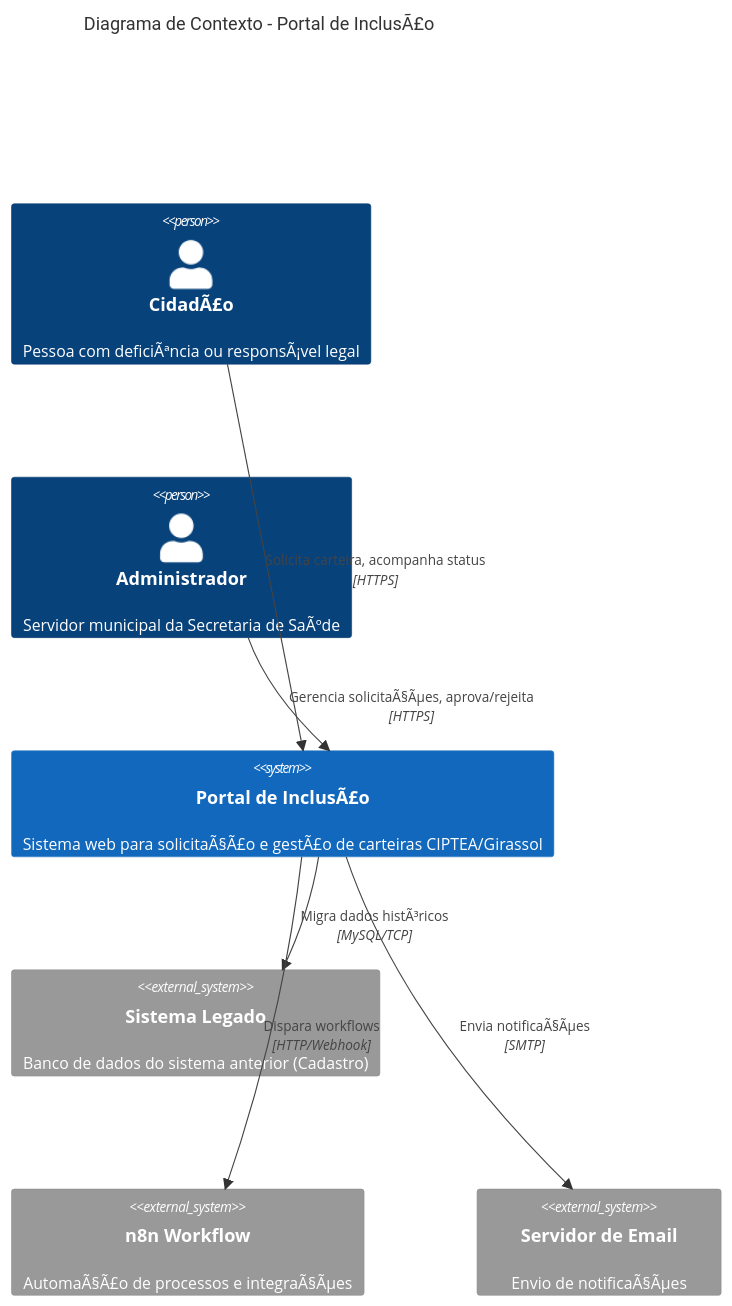
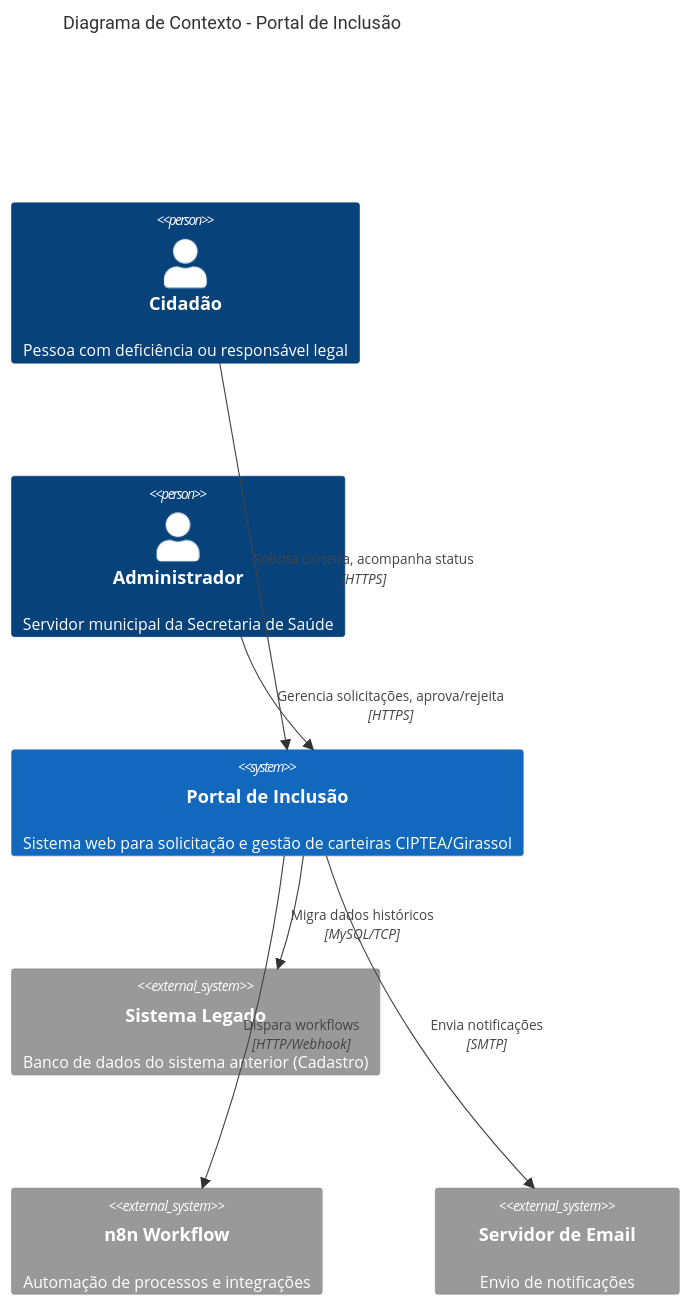
The first of 5 diagrams in docs/architecture/overview.md (vhpontes/portal-inclusao-showcase), drawn with Mermaid before and after one commit. The commit also changed other lines of this file and 17 other files, not shown here.

````diff
--- a/docs/architecture/overview.md
+++ b/docs/architecture/overview.md
@@ -9,19 +9,19 @@
 ```mermaid
 C4Context
-    title Diagrama de Contexto - Portal de InclusÃ£o
+    title Diagrama de Contexto - Portal de Inclusão
     
-    Person(cidadao, "CidadÃ£o", "Pessoa com deficiÃªncia ou responsÃ¡vel legal")
-    Person(admin, "Administrador", "Servidor municipal da Secretaria de SaÃºde")
+    Person(cidadao, "Cidadão", "Pessoa com deficiência ou responsável legal")
+    Person(admin, "Administrador", "Servidor municipal da Secretaria de Saúde")
     
-    System(portal, "Portal de InclusÃ£o", "Sistema web para solicitaÃ§Ã£o e gestÃ£o de carteiras CIPTEA/Girassol")
+    System(portal, "Portal de Inclusão", "Sistema web para solicitação e gestão de carteiras CIPTEA/Girassol")
     
     System_Ext(legado, "Sistema Legado", "Banco de dados do sistema anterior (Cadastro)")
-    System_Ext(n8n, "n8n Workflow", "AutomaÃ§Ã£o de processos e integraÃ§Ãµes")
-    System_Ext(email, "Servidor de Email", "Envio de notificaÃ§Ãµes")
+    System_Ext(n8n, "n8n Workflow", "Automação de processos e integrações")
+    System_Ext(email, "Servidor de Email", "Envio de notificações")
     
     Rel(cidadao, portal, "Solicita carteira, acompanha status", "HTTPS")
-    Rel(admin, portal, "Gerencia solicitaÃ§Ãµes, aprova/rejeita", "HTTPS")
-    Rel(portal, legado, "Migra dados histÃ³ricos", "MySQL/TCP")
+    Rel(admin, portal, "Gerencia solicitações, aprova/rejeita", "HTTPS")
+    Rel(portal, legado, "Migra dados históricos", "MySQL/TCP")
     Rel(portal, n8n, "Dispara workflows", "HTTP/Webhook")
-    Rel(portal, email, "Envia notificaÃ§Ãµes", "SMTP")
+    Rel(portal, email, "Envia notificações", "SMTP")
 ```
````
